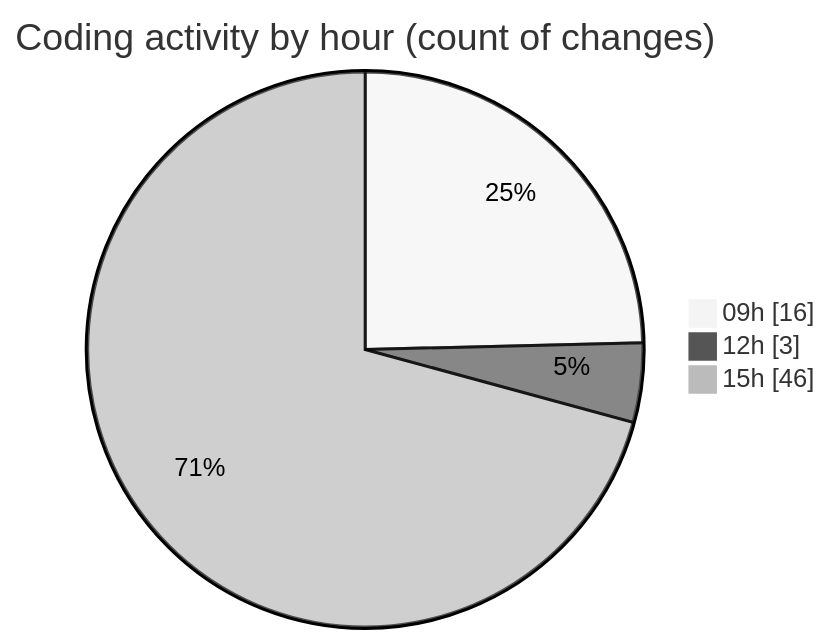
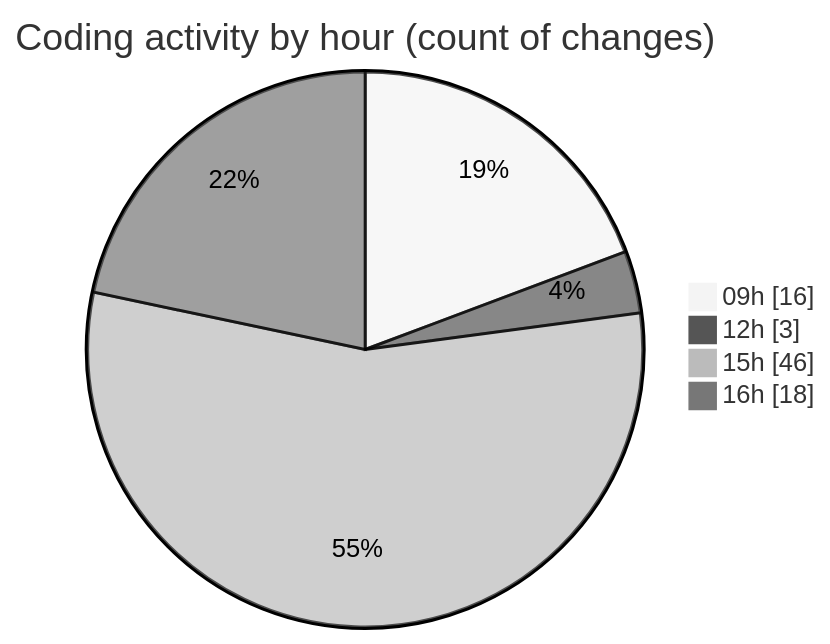
The second of 2 diagrams in 2025-07-08/cda/README.md (momahboobian/code-tracking), drawn with Mermaid (neutral theme) before and after one commit. The commit also changed other lines of this file and 1 other file, not shown here.

````diff
--- a/2025-07-08/cda/README.md
+++ b/2025-07-08/cda/README.md
@@ -49,7 +54,8 @@
 ```mermaid
 pie showData
 title Coding activity by hour (count of changes)
 "09h" : 16
 "12h" : 3
 "15h" : 46
+"16h" : 18
 ```
````
